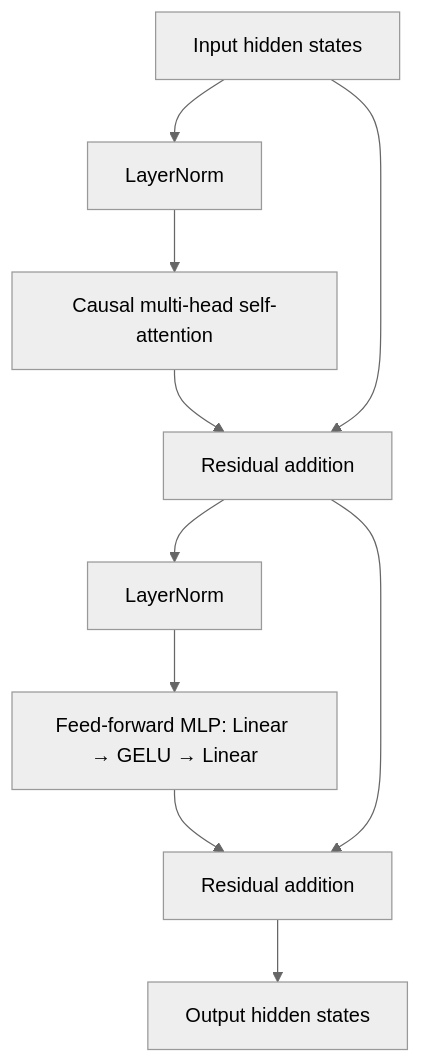
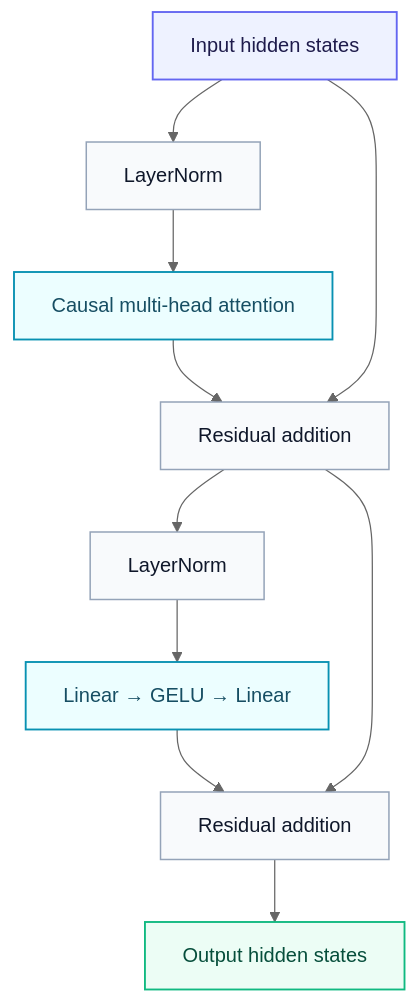
The second of 3 diagrams in README.md (bhaskaranjappa/transformer-from-scratch), drawn with Mermaid (neutral theme) before and after one commit. The commit also changed other lines of this file, not shown here.

````diff
--- a/README.md
+++ b/README.md
@@ -49,12 +105,22 @@
-```mermaid
-flowchart TD
-    A["Input hidden states"] --> B["LayerNorm"]
-    B --> C["Causal multi-head self-attention"]
-    C --> D["Residual addition"]
-    A --> D
-    D --> E["LayerNorm"]
-    E --> F["Feed-forward MLP: Linear → GELU → Linear"]
-    F --> G["Residual addition"]
-    D --> G
-    G --> H["Output hidden states"]
-```
+~~~mermaid
+flowchart TB
+    X["Input hidden states"] --> LN1["LayerNorm"]
+    LN1 --> ATT["Causal multi-head attention"]
+    ATT --> ADD1["Residual addition"]
+    X --> ADD1
+    ADD1 --> LN2["LayerNorm"]
+    LN2 --> MLP["Linear → GELU → Linear"]
+    MLP --> ADD2["Residual addition"]
+    ADD1 --> ADD2
+    ADD2 --> OUT["Output hidden states"]
+
+    classDef input fill:#EEF2FF,stroke:#6366F1,color:#1E1B4B,stroke-width:1.5px
+    classDef process fill:#F8FAFC,stroke:#94A3B8,color:#0F172A,stroke-width:1.2px
+    classDef attention fill:#ECFEFF,stroke:#0891B2,color:#164E63,stroke-width:1.5px
+    classDef output fill:#ECFDF5,stroke:#10B981,color:#064E3B,stroke-width:1.5px
+
+    class X input
+    class LN1,LN2,ADD1,ADD2 process
+    class ATT,MLP attention
+    class OUT output
+~~~
````
